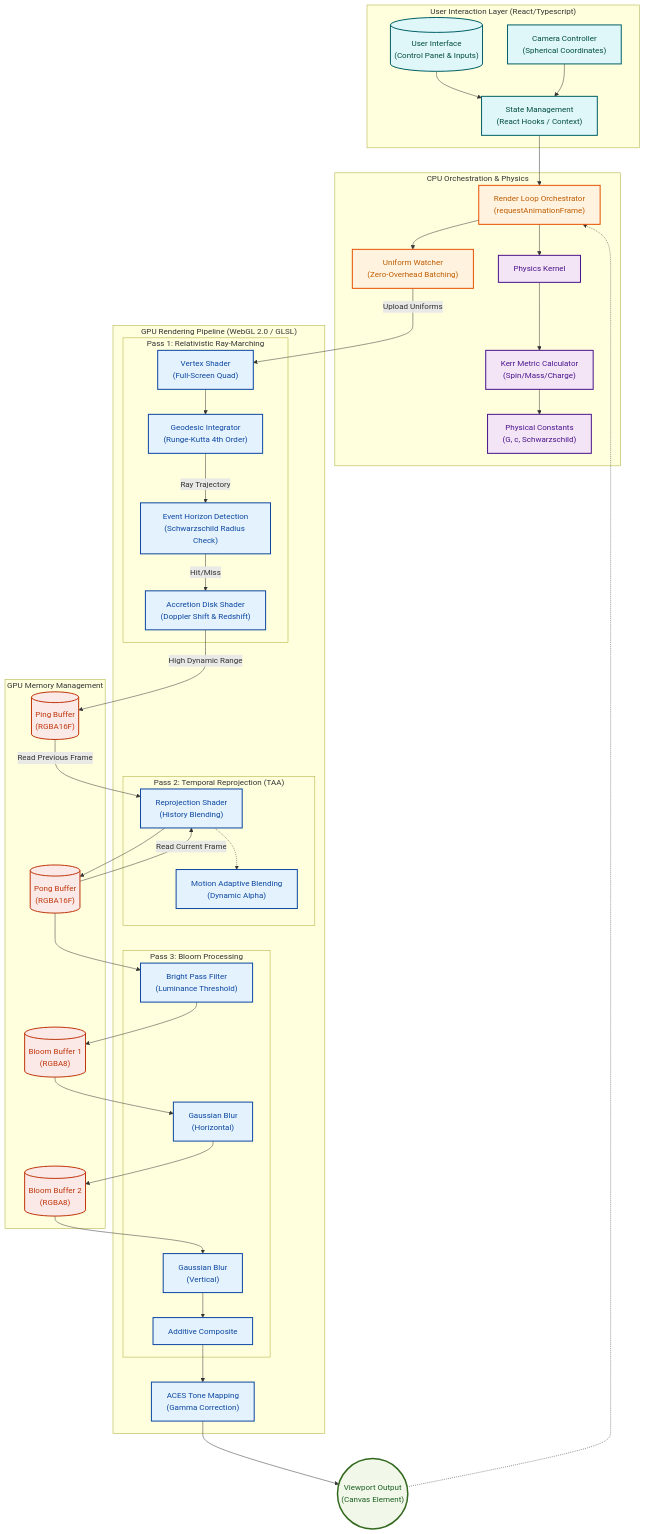
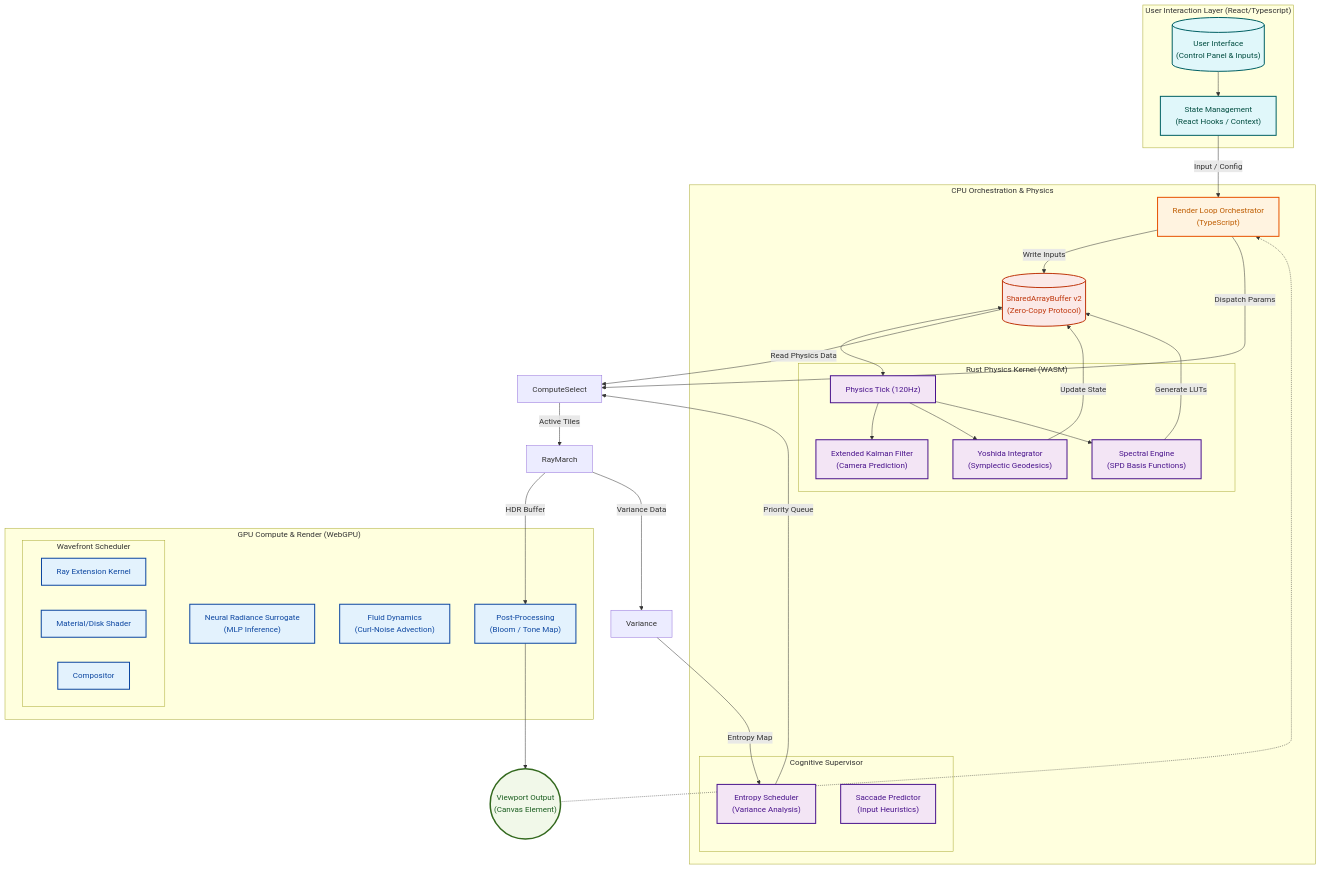
The diagram in docs/ARCHITECTURE.md (steeltroops-ai/blackhole-simulation), drawn with Mermaid before and after one commit. The commit also changed other lines of this file and 9 other files, not shown here.

```diff
--- a/docs/ARCHITECTURE.md
+++ b/docs/ARCHITECTURE.md
@@ -13,90 +13,69 @@
     %% Global Styles for Professional Light Theme
     classDef input fill:#e0f7fa,stroke:#006064,stroke-width:2px,color:#004d40
     classDef orchestration fill:#fff3e0,stroke:#e65100,stroke-width:2px,color:#be5c00
-    classDef math fill:#f3e5f5,stroke:#4a148c,stroke-width:2px,color:#4a148c
-    classDef shader fill:#e3f2fd,stroke:#0d47a1,stroke-width:2px,color:#0d47a1
+    classDef kernel fill:#f3e5f5,stroke:#4a148c,stroke-width:2px,color:#4a148c
+    classDef compute fill:#e3f2fd,stroke:#0d47a1,stroke-width:2px,color:#0d47a1
     classDef memory fill:#fbe9e7,stroke:#bf360c,stroke-width:2px,color:#bf360c
     classDef output fill:#f1f8e9,stroke:#33691e,stroke-width:3px,color:#1b5e20
 
     subgraph UserInteraction ["User Interaction Layer (React/Typescript)"]
         UI[("User Interface<br/>(Control Panel & Inputs)")]:::input
         State["State Management<br/>(React Hooks / Context)"]:::input
-        Camera["Camera Controller<br/>(Spherical Coordinates)"]:::input
     end
 
     subgraph CPULogic ["CPU Orchestration & Physics"]
-        Orchestrator["Render Loop Orchestrator<br/>(requestAnimationFrame)"]:::orchestration
-        Optimizer["Uniform Watcher<br/>(Zero-Overhead Batching)"]:::orchestration
+        Orchestrator["Render Loop Orchestrator<br/>(TypeScript)"]:::orchestration
+        SAB[("SharedArrayBuffer v2<br/>(Zero-Copy Protocol)")]:::memory
 
-        PhysicsEngine["Physics Kernel"]:::math
-        Metric["Kerr Metric Calculator<br/>(Spin/Mass/Charge)"]:::math
-        Constants["Physical Constants<br/>(G, c, Schwarzschild)"]:::math
+        subgraph CognitiveLayer ["Cognitive Supervisor"]
+            Scheduler["Entropy Scheduler<br/>(Variance Analysis)"]:::kernel
+            Predictor["Saccade Predictor<br/>(Input Heuristics)"]:::kernel
+        end
+
+        subgraph RustKernel ["Rust Physics Kernel (WASM)"]
+            PhysicsTick["Physics Tick (120Hz)"]:::kernel
+            EKF["Extended Kalman Filter<br/>(Camera Prediction)"]:::kernel
+            Integrator["Yoshida Integrator<br/>(Symplectic Geodesics)"]:::kernel
+            Spectrum["Spectral Engine<br/>(SPD Basis Functions)"]:::kernel
+        end
     end
 
-    subgraph RenderPipeline ["GPU Rendering Pipeline (WebGL 2.0 / GLSL)"]
-
-        subgraph Pass1 ["Pass 1: Relativistic Ray-Marching"]
-            Vertex["Vertex Shader<br/>(Full-Screen Quad)"]:::shader
-            Integrator["Geodesic Integrator<br/>(Runge-Kutta 4th Order)"]:::shader
-            EventHorizon["Event Horizon Detection<br/>(Schwarzschild Radius Check)"]:::shader
-            DiskRender["Accretion Disk Shader<br/>(Doppler Shift & Redshift)"]:::shader
+    subgraph GPULogic ["GPU Compute & Render (WebGPU)"]
+        subgraph Wavefront ["Wavefront Scheduler"]
+            Extension["Ray Extension Kernel"]:::compute
+            Shading["Material/Disk Shader"]:::compute
+            Comp["Compositor"]:::compute
         end
-
-        subgraph Pass2 ["Pass 2: Temporal Reprojection (TAA)"]
-            ReprojectionShader["Reprojection Shader<br/>(History Blending)"]:::shader
-            MotionLogic["Motion Adaptive Blending<br/>(Dynamic Alpha)"]:::shader
-        end
-
-        subgraph Pass3 ["Pass 3: Bloom Processing"]
-            BrightPass["Bright Pass Filter<br/>(Luminance Threshold)"]:::shader
-            BlurH["Gaussian Blur<br/>(Horizontal)"]:::shader
-            BlurV["Gaussian Blur<br/>(Vertical)"]:::shader
-            Composite["Additive Composite"]:::shader
-        end
-
-        ToneMap["ACES Tone Mapping<br/>(Gamma Correction)"]:::shader
-    end
-
-    subgraph Memory ["GPU Memory Management"]
-        PingBuffer[("Ping Buffer<br/>(RGBA16F)")]:::memory
-        PongBuffer[("Pong Buffer<br/>(RGBA16F)")]:::memory
-        BloomBuffer1[("Bloom Buffer 1<br/>(RGBA8)")]:::memory
-        BloomBuffer2[("Bloom Buffer 2<br/>(RGBA8)")]:::memory
+        NRS["Neural Radiance Surrogate<br/>(MLP Inference)"]:::compute
+        GRMHD["Fluid Dynamics<br/>(Curl-Noise Advection)"]:::compute
+        PostProcess["Post-Processing<br/>(Bloom / Tone Map)"]:::compute
     end
 
     Display(("Viewport Output<br/>(Canvas Element)")):::output
 
     %% Data Flow
     UI --> State
-    Camera --> State
-    State --> Orchestrator
+    State -- "Input / Config" --> Orchestrator
 
-    Orchestrator --> PhysicsEngine
-    PhysicsEngine --> Metric
-    Metric --> Constants
+    Orchestrator -- "Write Inputs" --> SAB
+    SAB <--> PhysicsTick
 
-    Orchestrator --> Optimizer
-    Optimizer -- "Upload Uniforms" --> Vertex
+    PhysicsTick --> EKF
+    PhysicsTick --> Integrator
+    PhysicsTick --> Spectrum
 
-    Vertex --> Integrator
-    Integrator -- "Ray Trajectory" --> EventHorizon
-    EventHorizon -- "Hit/Miss" --> DiskRender
+    Spectrum -- "Generate LUTs" --> SAB
+    Integrator -- "Update State" --> SAB
 
-    DiskRender -- "High Dynamic Range" --> PingBuffer
-    PingBuffer -- "Read Previous Frame" --> ReprojectionShader
-    PongBuffer -- "Read Current Frame" --> ReprojectionShader
-    ReprojectionShader -.-> MotionLogic
-    ReprojectionShader --> PongBuffer
+    Orchestrator -- "Dispatch Params" --> ComputeSelect
+    SAB -- "Read Physics Data" --> ComputeSelect
 
-    PongBuffer --> BrightPass
-    BrightPass --> BloomBuffer1
-    BloomBuffer1 --> BlurH
-    BlurH --> BloomBuffer2
-    BloomBuffer2 --> BlurV
-    BlurV --> Composite
-
-    Composite --> ToneMap
-    ToneMap --> Display
+    ComputeSelect -- "Active Tiles" --> RayMarch
+    RayMarch -- "HDR Buffer" --> PostProcess
+    RayMarch -- "Variance Data" --> Variance
+    Variance -- "Entropy Map" --> Scheduler
+    Scheduler -- "Priority Queue" --> ComputeSelect
+    PostProcess --> Display
 
     %% Feedback Loop
     Display -.-> Orchestrator
```
